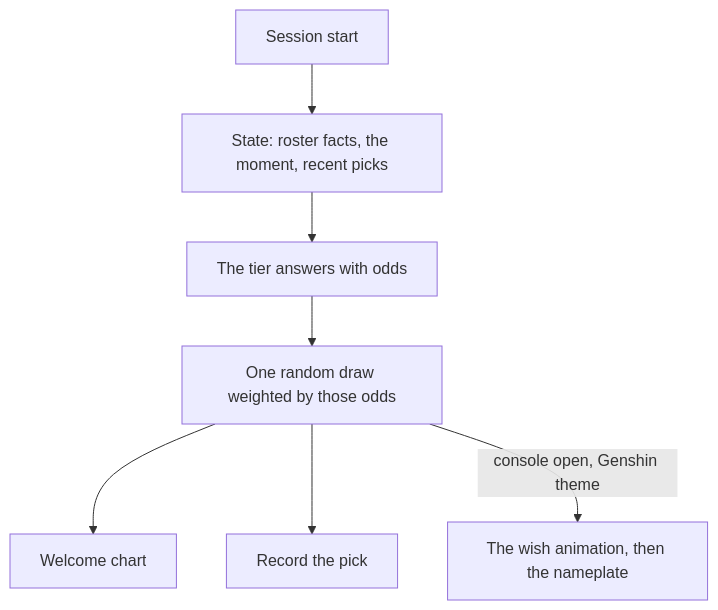
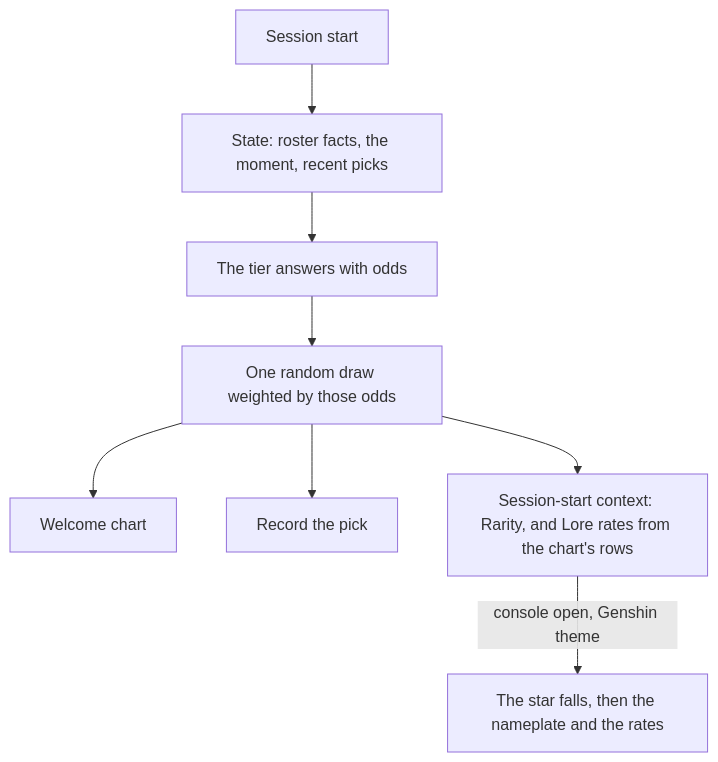
One commit to Esposter/Esposter changed the diagram in openspec/changes/infra-agent-console-wish-banner/design.md. Above: the diagram before and after it, drawn with Mermaid. The commit also changed other lines of this file and 36 other files, not shown here.

First line of the commit message:
feat(agent-console): the wish banner drops a star for a lore pick, and its rates

````diff
--- a/openspec/changes/infra-agent-console-wish-banner/design.md
+++ b/openspec/changes/infra-agent-console-wish-banner/design.md
@@ -17,9 +17,10 @@
 ```mermaid
 flowchart TD
   S[Session start] --> ST[State: roster facts, the moment, recent picks]
   ST --> T[The tier answers with odds]
   T --> D[One random draw weighted by those odds]
   D --> W[Welcome chart]
   D --> R[Record the pick]
-  D -->|console open, Genshin theme| A[The wish animation, then the nameplate]
+  D --> C[Session-start context: Rarity, and Lore rates from the chart's rows]
+  C -->|console open, Genshin theme| A[The star falls, then the nameplate and the rates]
 ```
````
